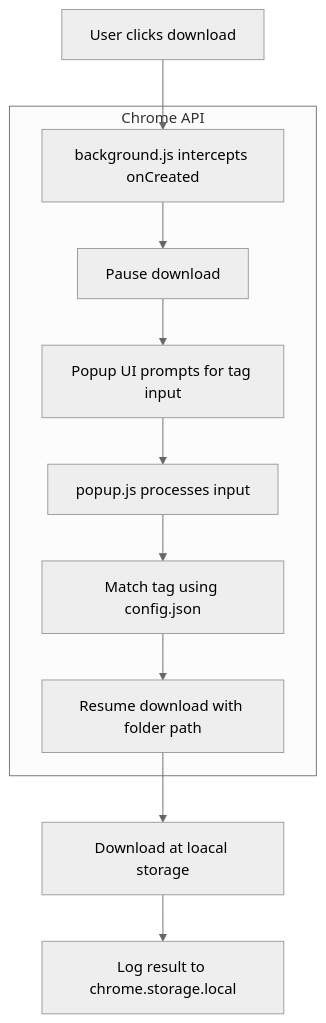
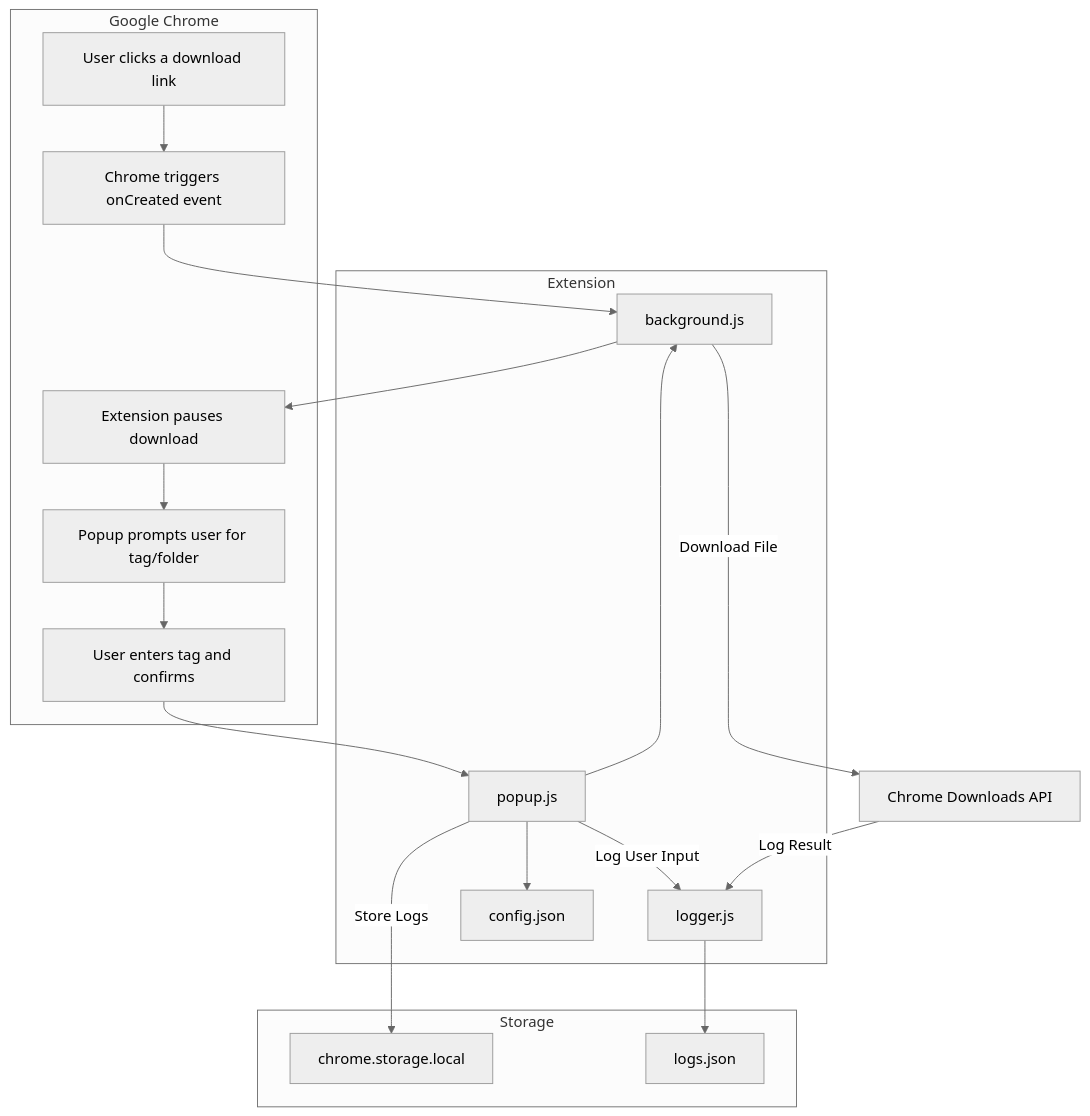
One commit to Sourabh-Thakur12/Smart-Download changed the diagram in IDEA/workflow.mmd. Above: the diagram before and after it, drawn with Mermaid (neutral theme). The commit also changed 5 other files, not shown here.

```diff
--- a/IDEA/workflow.mmd
+++ b/IDEA/workflow.mmd
@@ -1,11 +1,34 @@
-flowchart TD
-    A["User clicks download"] --> B["background.js intercepts onCreated"]
- subgraph s1["Chrome API"]
-    B --> C["Pause download"]
-    C --> D["Popup UI prompts for tag input"]
-    D --> E["popup.js processes input"]
-    E --> F["Match tag using config.json"]
-    F --> G["Resume download with folder path"]
-  end
-    G --> H["Download at loacal storage"]
-    H --> I["Log result to chrome.storage.local"]
+    graph TD
+    subgraph Browser [Google Chrome]
+        A1[User clicks a download link]
+        A2[Chrome triggers onCreated event]
+        A3[Extension pauses download]
+        A4[Popup prompts user for tag/folder]
+        A5[User enters tag and confirms]
+    end
+
+    subgraph Extension
+        A6[background.js]
+        A7[popup.js]
+        A8[logger.js]
+        A9[config.json]
+    end
+
+    subgraph Storage
+        B1[chrome.storage.local]
+        B2[logs.json]
+    end
+
+    A1 --> A2
+    A2 --> A6
+    A6 --> A3
+    A3 --> A4
+    A4 --> A5
+    A5 --> A7
+    A7 --> A9
+    A7 --> A6
+    A7 -->|Log User Input| A8
+    A7 -->|Store Logs| B1
+    A6 -->|Download File| Chrome[Chrome Downloads API]
+    Chrome -->|Log Result| A8
+    A8 --> B2
```
